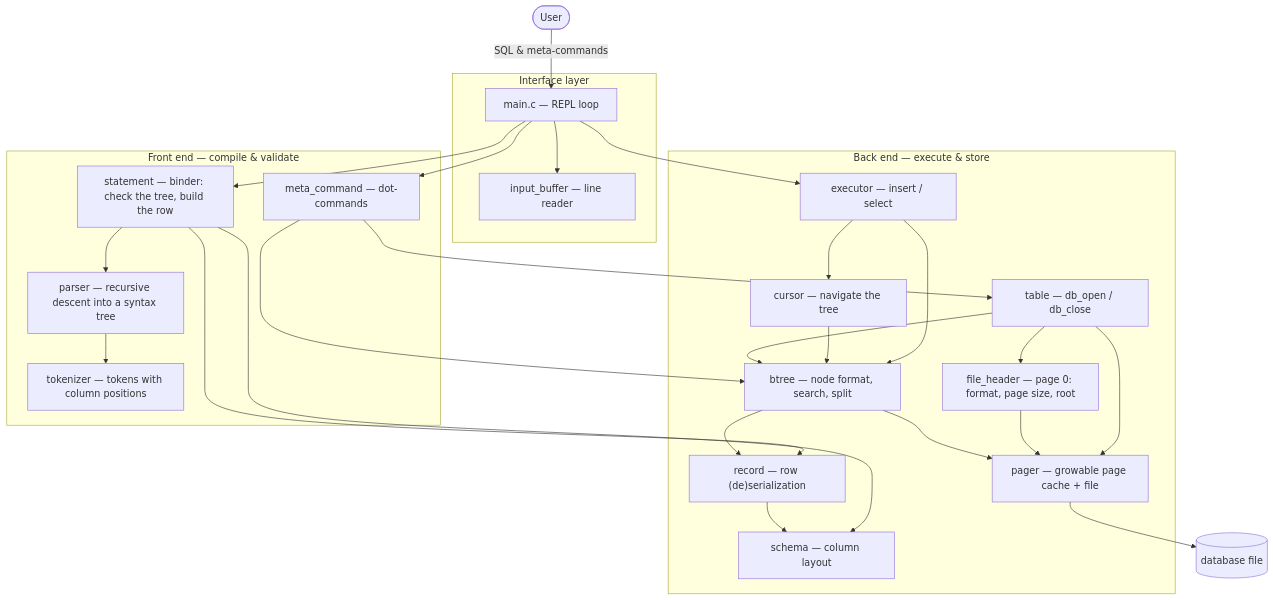
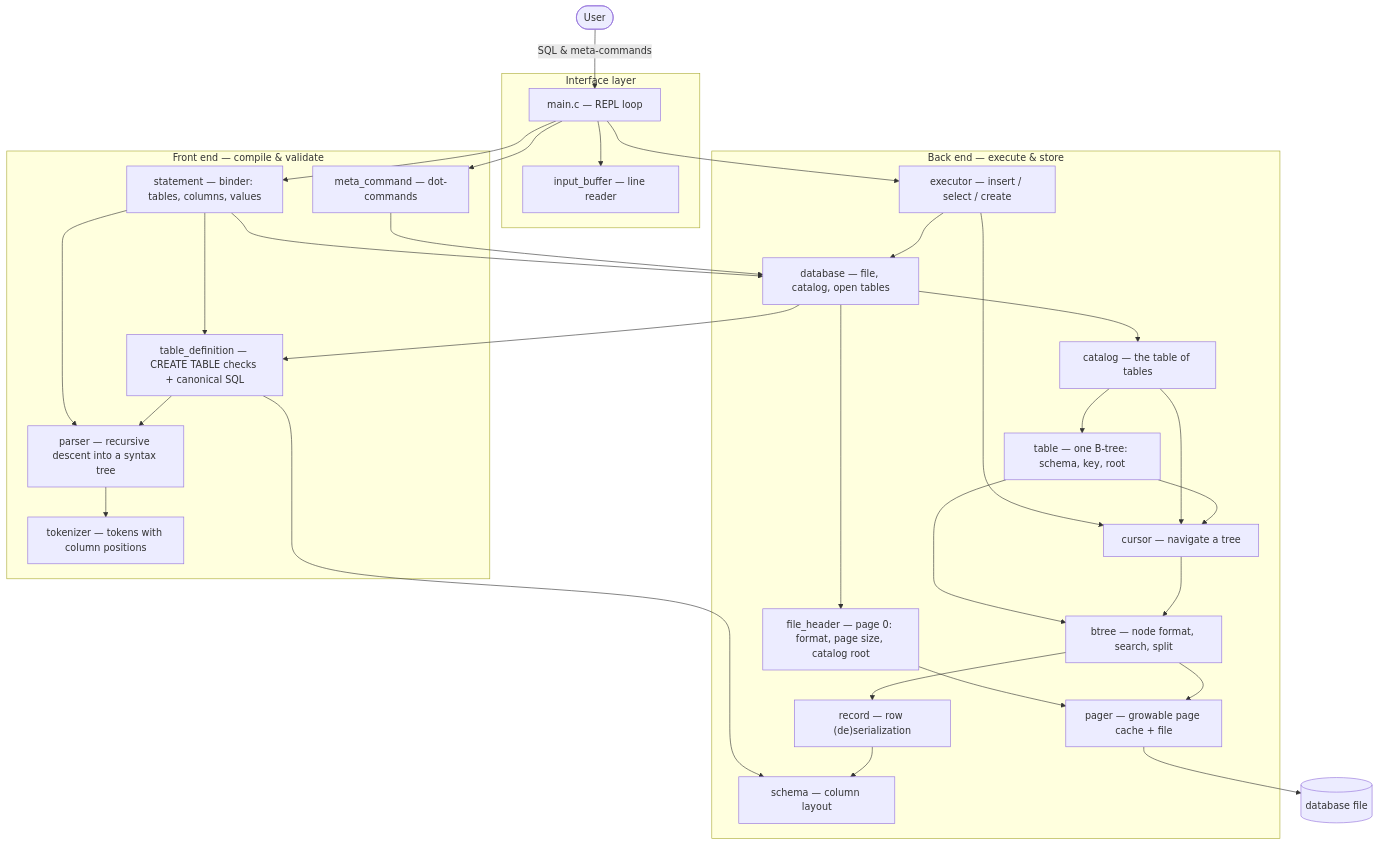
Before and after one commit to Rohitangshu2026/mini-sql: the first of 21 diagrams in README.md, drawn with Mermaid. The commit also changed other lines of this file, not shown here.

First line of the commit message:
docs: describe the catalog and CREATE TABLE in the README

````diff
--- a/README.md
+++ b/README.md
@@ -141,51 +157,59 @@
 ```mermaid
 flowchart TD
     User([User]) -->|SQL & meta-commands| REPL
 
     subgraph Interface["Interface layer"]
         REPL["main.c — REPL loop"]
         IB["input_buffer — line reader"]
     end
 
     subgraph Frontend["Front end — compile & validate"]
         META["meta_command — dot-commands"]
-        STMT["statement — binder: check the tree, build the row"]
+        STMT["statement — binder: tables, columns, values"]
+        DEF["table_definition — CREATE TABLE checks + canonical SQL"]
         PARSE["parser — recursive descent into a syntax tree"]
         TOK["tokenizer — tokens with column positions"]
     end
 
     subgraph Backend["Back end — execute & store"]
-        EXEC["executor — insert / select"]
-        CUR["cursor — navigate the tree"]
-        TABLE["table — db_open / db_close"]
-        HDR["file_header — page 0: format, page size, root"]
+        EXEC["executor — insert / select / create"]
+        DB["database — file, catalog, open tables"]
+        CAT["catalog — the table of tables"]
+        TABLE["table — one B-tree: schema, key, root"]
+        CUR["cursor — navigate a tree"]
+        HDR["file_header — page 0: format, page size, catalog root"]
         BTREE["btree — node format, search, split"]
         REC["record — row (de)serialization"]
         SCHEMA["schema — column layout"]
         PAGER["pager — growable page cache + file"]
     end
 
     FILE[("database file")]
 
     REPL --> IB
     REPL --> META
     REPL --> STMT
     REPL --> EXEC
     STMT --> PARSE
+    STMT --> DEF
+    STMT --> DB
     PARSE --> TOK
-    STMT --> REC
-    STMT --> SCHEMA
+    DEF --> PARSE
+    DEF --> SCHEMA
+    EXEC --> DB
     EXEC --> CUR
-    EXEC --> BTREE
+    META --> DB
+    DB --> CAT
+    DB --> HDR
+    DB --> DEF
+    CAT --> TABLE
+    CAT --> CUR
+    TABLE --> CUR
+    TABLE --> BTREE
     CUR --> BTREE
-    TABLE --> BTREE
-    TABLE --> HDR
-    TABLE --> PAGER
     HDR --> PAGER
-    META --> BTREE
-    META --> TABLE
     BTREE --> PAGER
     BTREE --> REC
     REC --> SCHEMA
     PAGER --> FILE
 ```
````
